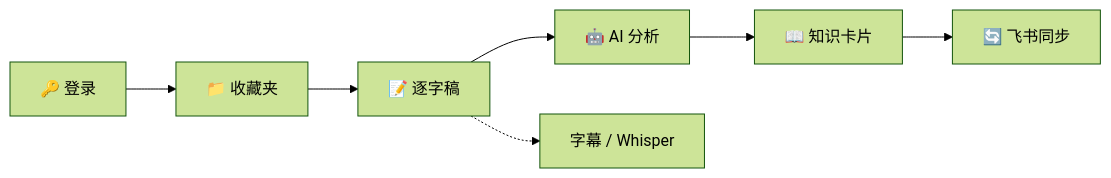
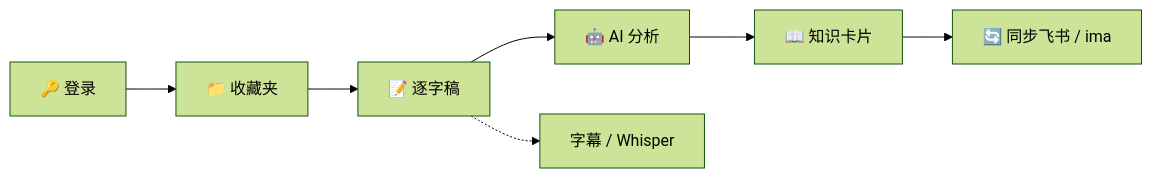
Before and after one commit to YAHU2024/Unarchive: the first of 2 diagrams in README.md, drawn with Mermaid (forest theme). The commit also changed other lines of this file and 7 other files, not shown here.

````diff
--- a/README.md
+++ b/README.md
@@ -49,9 +49,9 @@
 ```mermaid
 graph LR
     A["🔑 登录"] --> B["📁 收藏夹"]
     B --> C["📝 逐字稿"]
     C --> D["🤖 AI 分析"]
     D --> E["📖 知识卡片"]
-    E --> F["🔄 飞书同步"]
+    E --> F["🔄 同步飞书 / ima"]
     C -.-> C1["字幕 / Whisper"]
 ```
````
